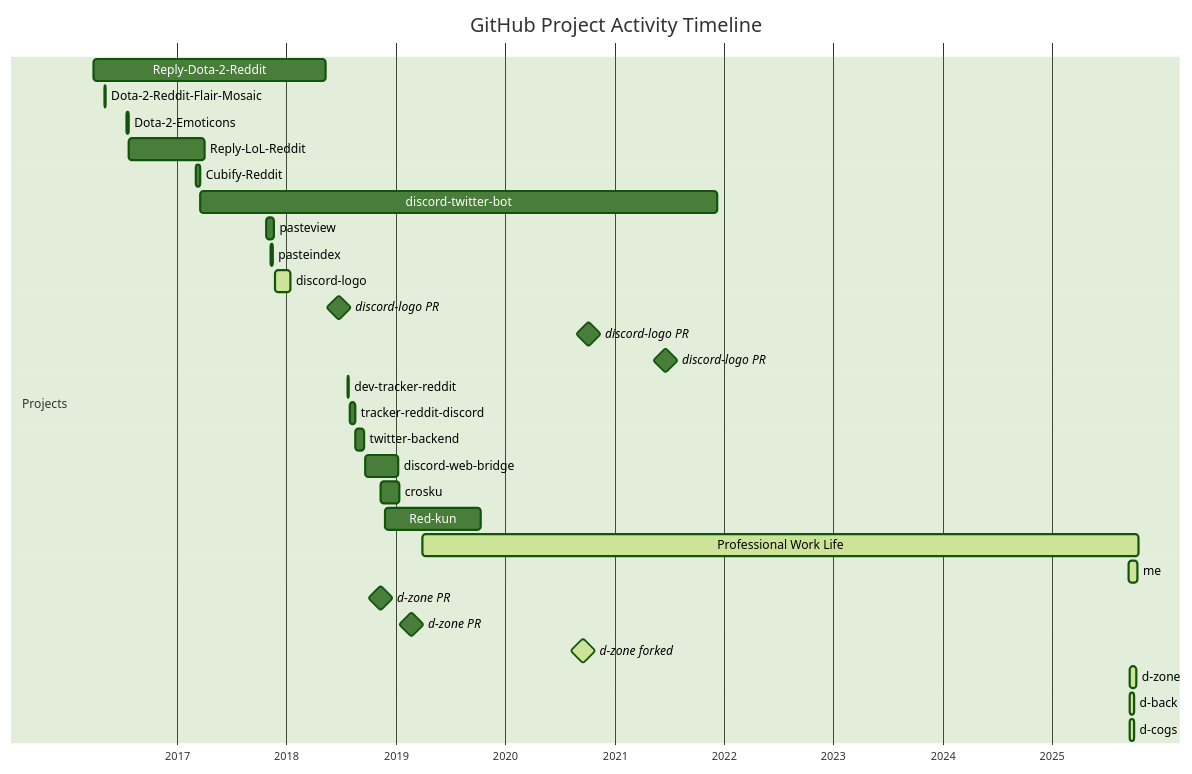
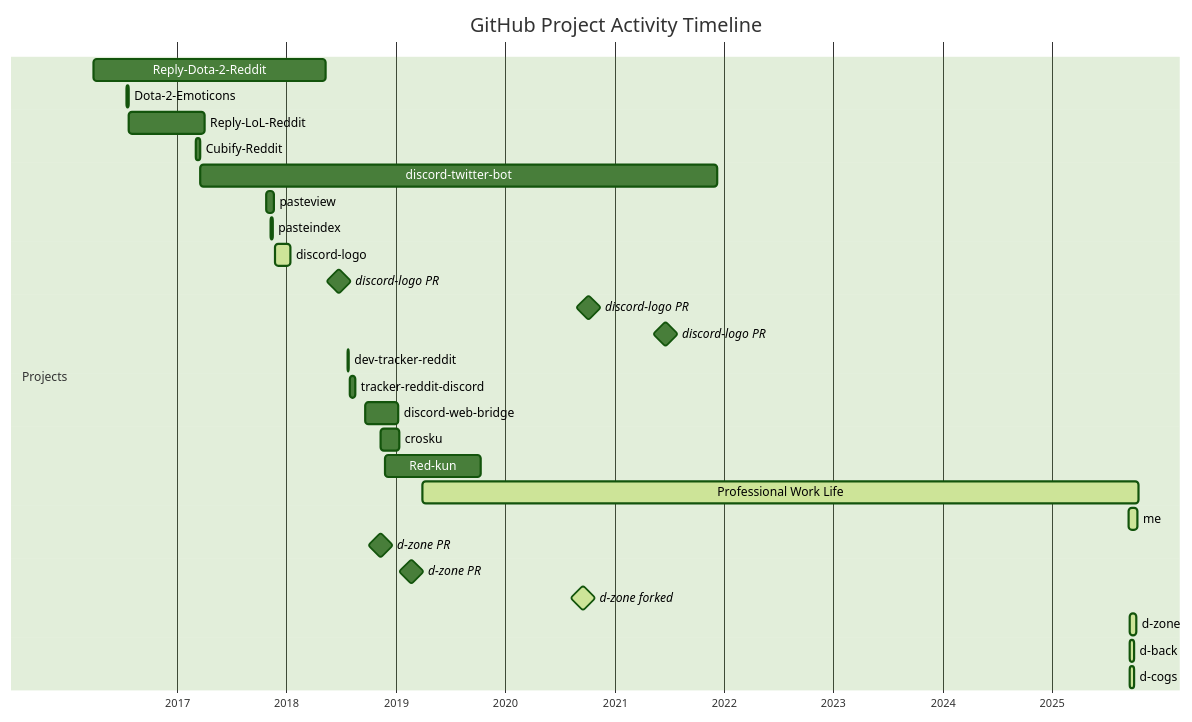
One commit to NNTin/me changed the diagram in _projects/projects.md. Above: the diagram before and after it, drawn with Mermaid (forest theme). The commit also changed other lines of this file and 55 other files, not shown here.

```diff
--- a/_projects/projects.md
+++ b/_projects/projects.md
@@ -8,34 +7,32 @@
 <div class="mermaid" id="project-gantt">
 gantt
     title GitHub Project Activity Timeline
     dateFormat  YYYY-MM-DD
     axisFormat  %Y
 
     section Projects
     Reply-Dota-2-Reddit     :rdr, 2016-03-27, 2018-05-10
-    Dota-2-Reddit-Flair-Mosaic :dfm, 2016-05-01, 2016-05-06
     Dota-2-Emoticons        :de, 2016-07-16, 2016-07-21
     Reply-LoL-Reddit        :rlr, 2016-07-24, 2017-04-02
     Cubify-Reddit           :cr, 2017-03-04, 2017-03-19
     discord-twitter-bot     :dtb, 2017-03-20, 2021-12-12
     pasteview               :pv, 2017-10-24, 2017-11-20
     pasteindex              :pi, 2017-11-10, 2017-11-15
     discord-logo            :active, dl, 2017-11-24, 2018-01-14
     discord-logo PR         :milestone, pr1, 2018-06-26, 0d
     discord-logo PR         :milestone, pr2, 2020-10-07, 0d  
     discord-logo PR         :milestone, pr3, 2021-06-20, 0d
     dev-tracker-reddit      :dtr, 2018-07-25, 2018-07-26
     tracker-reddit-discord  :trd, 2018-07-31, 2018-08-17
-    twitter-backend         :tb, 2018-08-18, 2018-09-16
     discord-web-bridge      :dwb, 2018-09-20, 2019-01-11
     crosku                  :ck, 2018-11-11, 2019-01-12
     Red-kun                 :rk, 2018-11-27, 2019-10-13
     Professional Work Life  :active, ps, 2019-04-01, until today
     me                      :active, me, 2025-09-14, 2025-10-16
     d-zone PR               :milestone, dz1, 2018-11-11, 0d
     d-zone PR               :milestone, dz2, 2019-02-24, 0d
     d-zone forked           :active, milestone, dz3, 2020-09-19, 0d
     d-zone                  :active, dz, 2025-09-18, 2025-10-10
     d-back                  :active, db, 2025-09-17, 2025-10-05
     d-cogs                  :active, dc, 2025-09-20, 2025-10-05
 </div>
```
